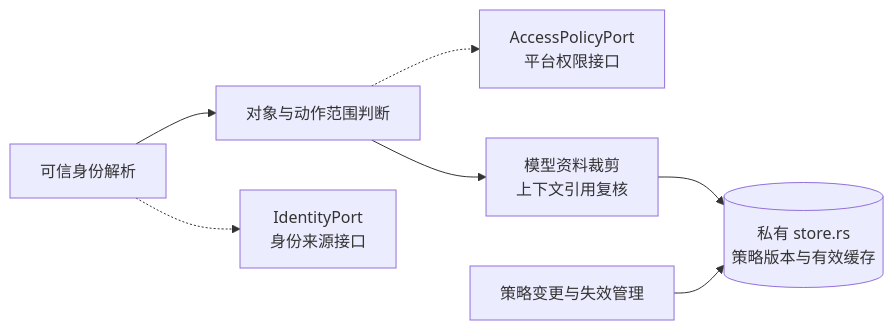
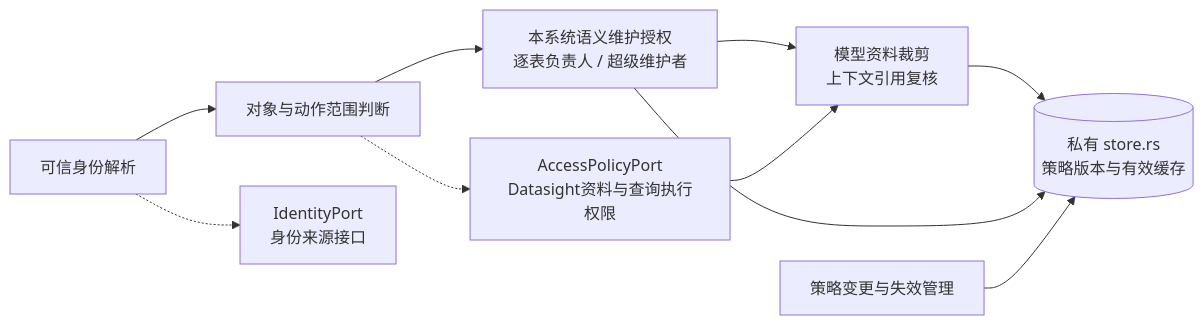
The first of 11 diagrams in docs/architecture/knowledge-modules.md (yaoziyaoguai/data_agent), drawn with Mermaid before and after one commit. The commit also changed other lines of this file and 67 other files, not shown here.

````diff
--- a/docs/architecture/knowledge-modules.md
+++ b/docs/architecture/knowledge-modules.md
@@ -55,9 +69,12 @@
 ```mermaid
 flowchart LR
     Identity[可信身份解析] --> Scope[对象与动作范围判断]
     Identity -.-> IdentityPort[IdentityPort<br/>身份来源接口]
-    Scope -.-> AccessPort[AccessPolicyPort<br/>平台权限接口]
-    Scope --> Delivery[模型资料裁剪<br/>上下文引用复核]
+    Scope --> Local[本系统语义维护授权<br/>逐表负责人 / 超级维护者]
+    Scope -.-> AccessPort[AccessPolicyPort<br/>Datasight资料与查询执行权限]
+    Local --> Delivery[模型资料裁剪<br/>上下文引用复核]
+    AccessPort --> Delivery
     Delivery --> Store[(私有 store.rs<br/>策略版本与有效缓存)]
+    Local --> Store
     Changes[策略变更与失效管理] --> Store
 ```
````
